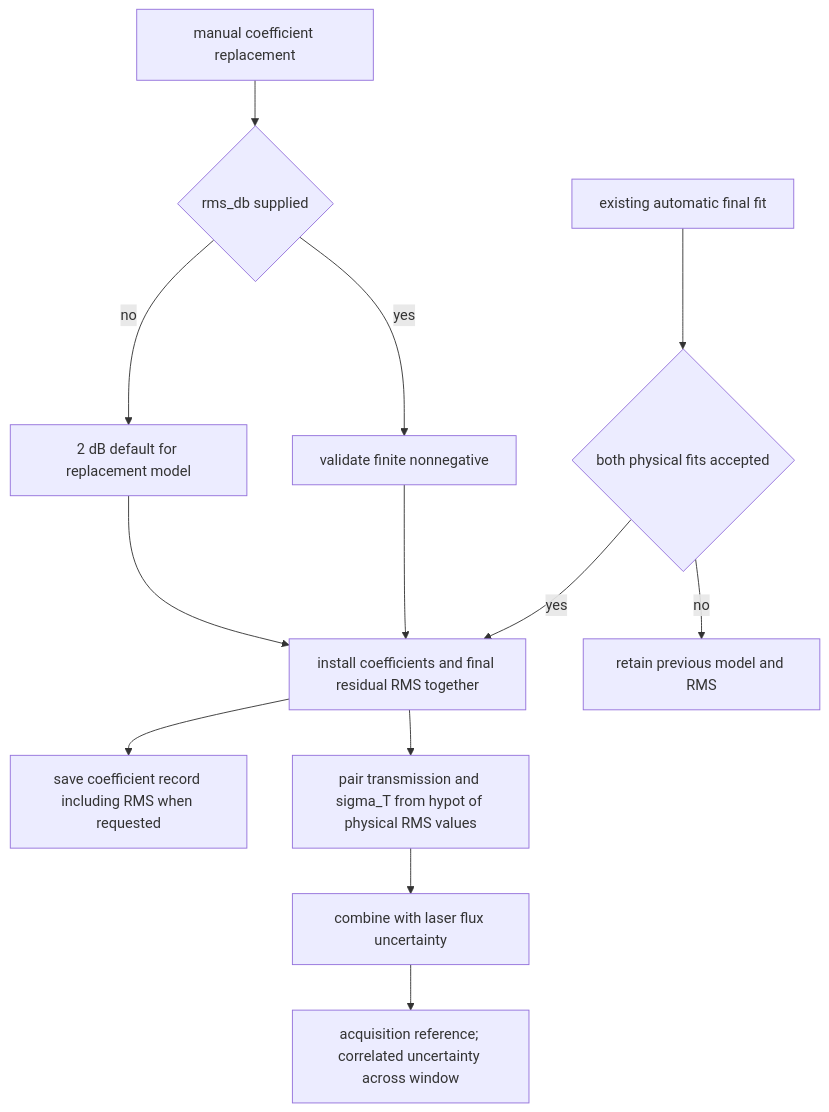
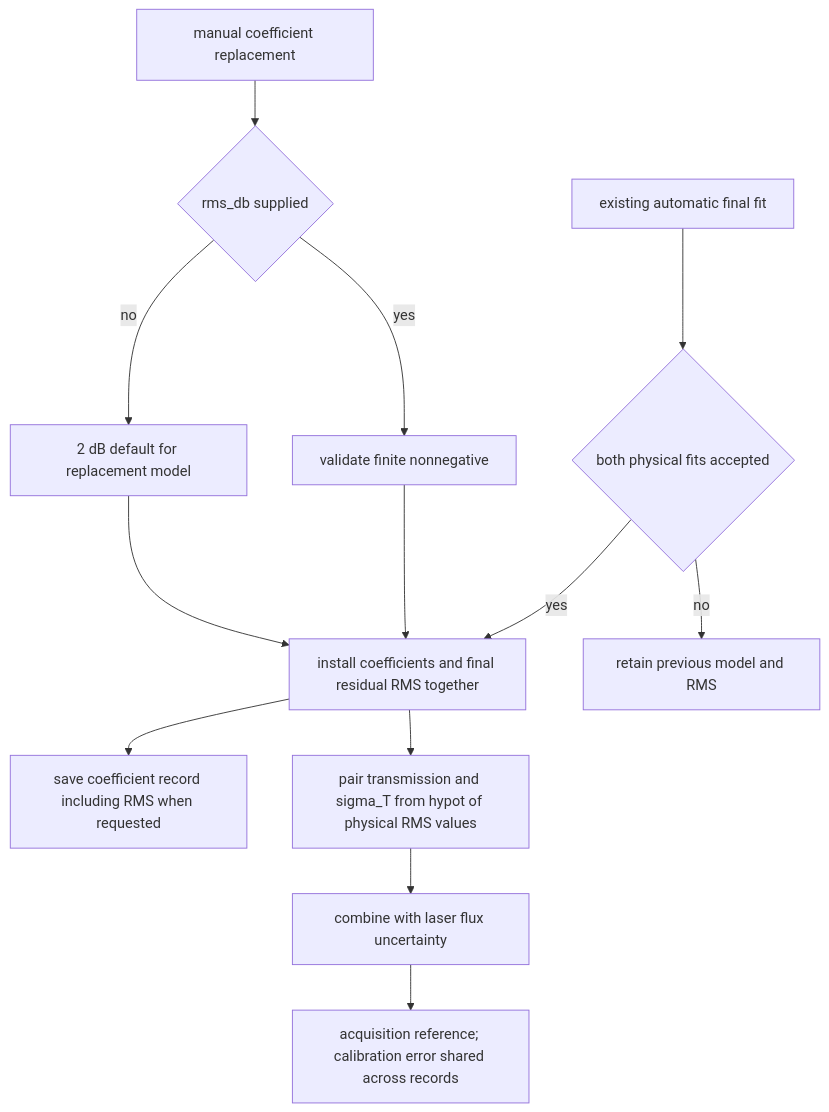
One commit to COO-Utilities/hispec-tib changed diagram 12 of 25 in doc/diagrams.md. Above: the diagram before and after it, drawn with Mermaid. The commit also changed other lines of this file and 25 other files, not shown here.

````diff
--- a/doc/diagrams.md
+++ b/doc/diagrams.md
@@ -283,15 +279,15 @@
 ```mermaid
 flowchart TD
   AutoFit[existing automatic final fit] --> Accepted{both physical fits accepted}
   Accepted -- yes --> Install[install coefficients and final residual RMS together]
   Accepted -- no --> Keep[retain previous model and RMS]
   Manual[manual coefficient replacement] --> RMS{rms_db supplied}
   RMS -- yes --> Validate[validate finite nonnegative]
   RMS -- no --> Default[2 dB default for replacement model]
   Validate --> Install
   Default --> Install
   Install --> Save[save coefficient record including RMS when requested]
   Install --> Estimate[pair transmission and sigma_T from hypot of physical RMS values]
   Estimate --> Source[combine with laser flux uncertainty]
-  Source --> ADCRef[acquisition reference; correlated uncertainty across window]
+  Source --> ADCRef[acquisition reference; calibration error shared across records]
 ```
````
